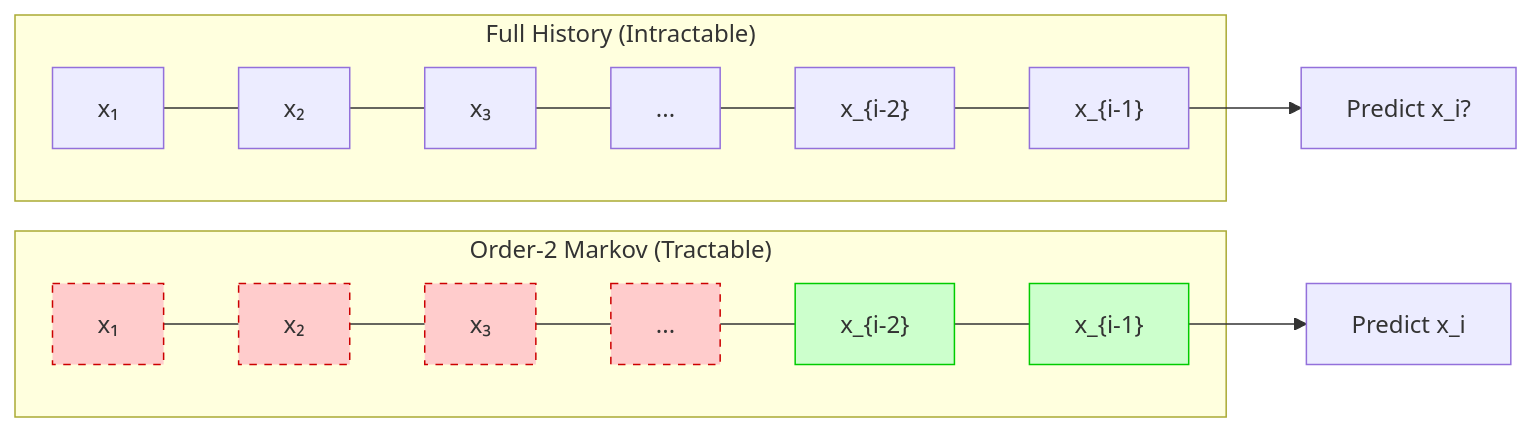
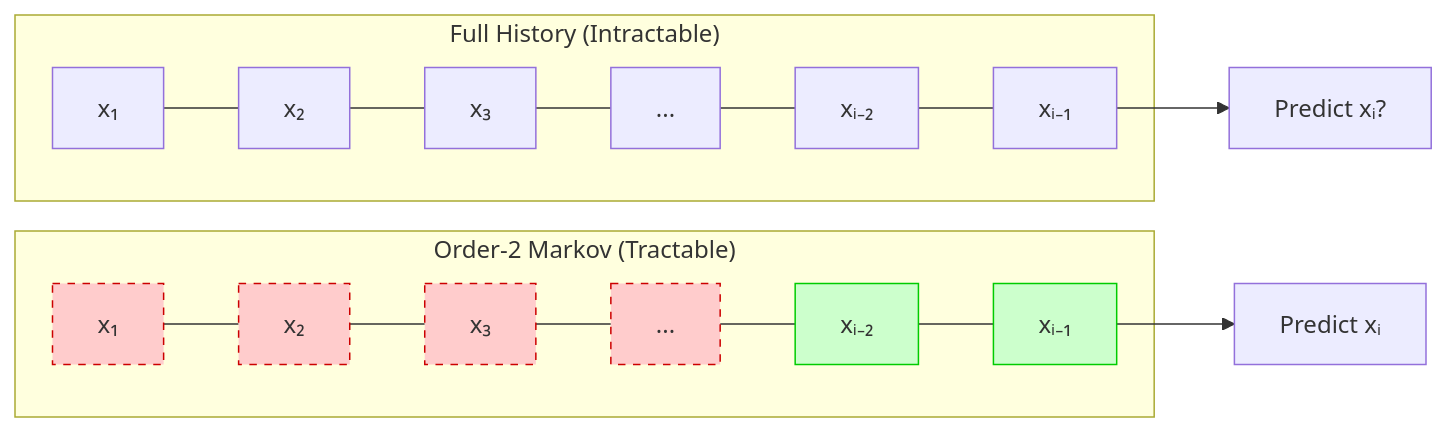
The first of 2 diagrams in docs/stages/stage-01/02-language-modeling-problem.md (ttsugriy/llm-first-principles), drawn with Mermaid before and after one commit. The commit also changed other lines of this file and 7 other files, not shown here.

````diff
--- a/docs/stages/stage-01/02-language-modeling-problem.md
+++ b/docs/stages/stage-01/02-language-modeling-problem.md
@@ -69,15 +69,15 @@
 ```mermaid
 flowchart LR
     subgraph "Full History (Intractable)"
-        H1["x₁"] --- H2["x₂"] --- H3["x₃"] --- H4["..."] --- H5["x_{i-2}"] --- H6["x_{i-1}"]
+        H1["x₁"] --- H2["x₂"] --- H3["x₃"] --- H4["..."] --- H5["xᵢ₋₂"] --- H6["xᵢ₋₁"]
     end
-    H6 --> Q["Predict x_i?"]
+    H6 --> Q["Predict xᵢ?"]
 
     subgraph "Order-2 Markov (Tractable)"
-        M1["x₁"]:::discarded --- M2["x₂"]:::discarded --- M3["x₃"]:::discarded --- M4["..."]:::discarded --- M5["x_{i-2}"]:::kept --- M6["x_{i-1}"]:::kept
+        M1["x₁"]:::discarded --- M2["x₂"]:::discarded --- M3["x₃"]:::discarded --- M4["..."]:::discarded --- M5["xᵢ₋₂"]:::kept --- M6["xᵢ₋₁"]:::kept
     end
-    M6 --> Q2["Predict x_i"]
+    M6 --> Q2["Predict xᵢ"]
 
     classDef discarded fill:#ffcccc,stroke:#cc0000,stroke-dasharray: 5 5
     classDef kept fill:#ccffcc,stroke:#00cc00
 ```
````
